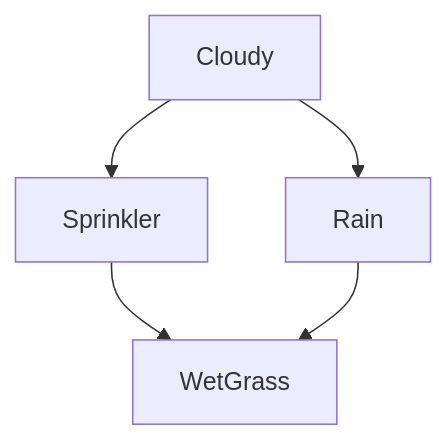
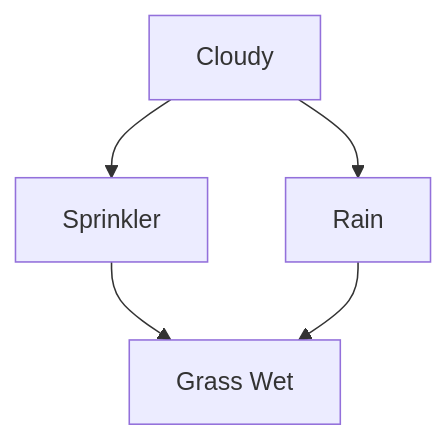
One commit to kader-xai/kader-xai.github.io changed the first of 7 diagrams in ai-ml-encyclopedia/ch13.qmd. Above: the diagram before and after it, drawn with Mermaid. The commit also changed other lines of this file and 47 other files, not shown here.

````diff
--- a/ai-ml-encyclopedia/ch13.qmd
+++ b/ai-ml-encyclopedia/ch13.qmd
@@ -127,7 +107,7 @@
 ```{mermaid}
 graph TD
-  C[Cloudy] --> S[Sprinkler]
-  C --> R[Rain]
-  S --> W[WetGrass]
-  R --> W
+    C[Cloudy] --> R[Rain]
+    C --> S[Sprinkler]
+    S --> W[Grass Wet]
+    R --> W
 ```
````
